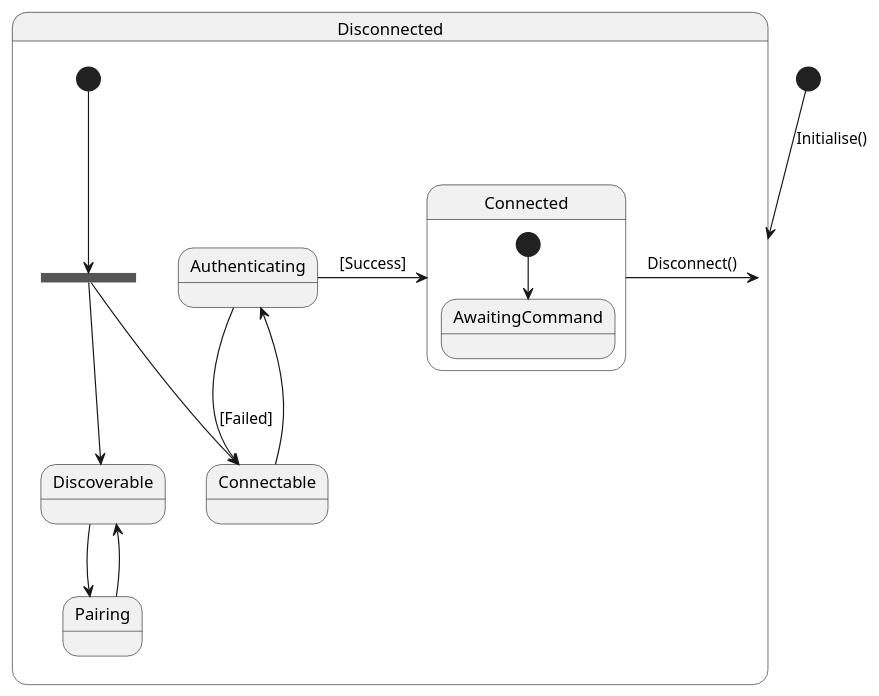
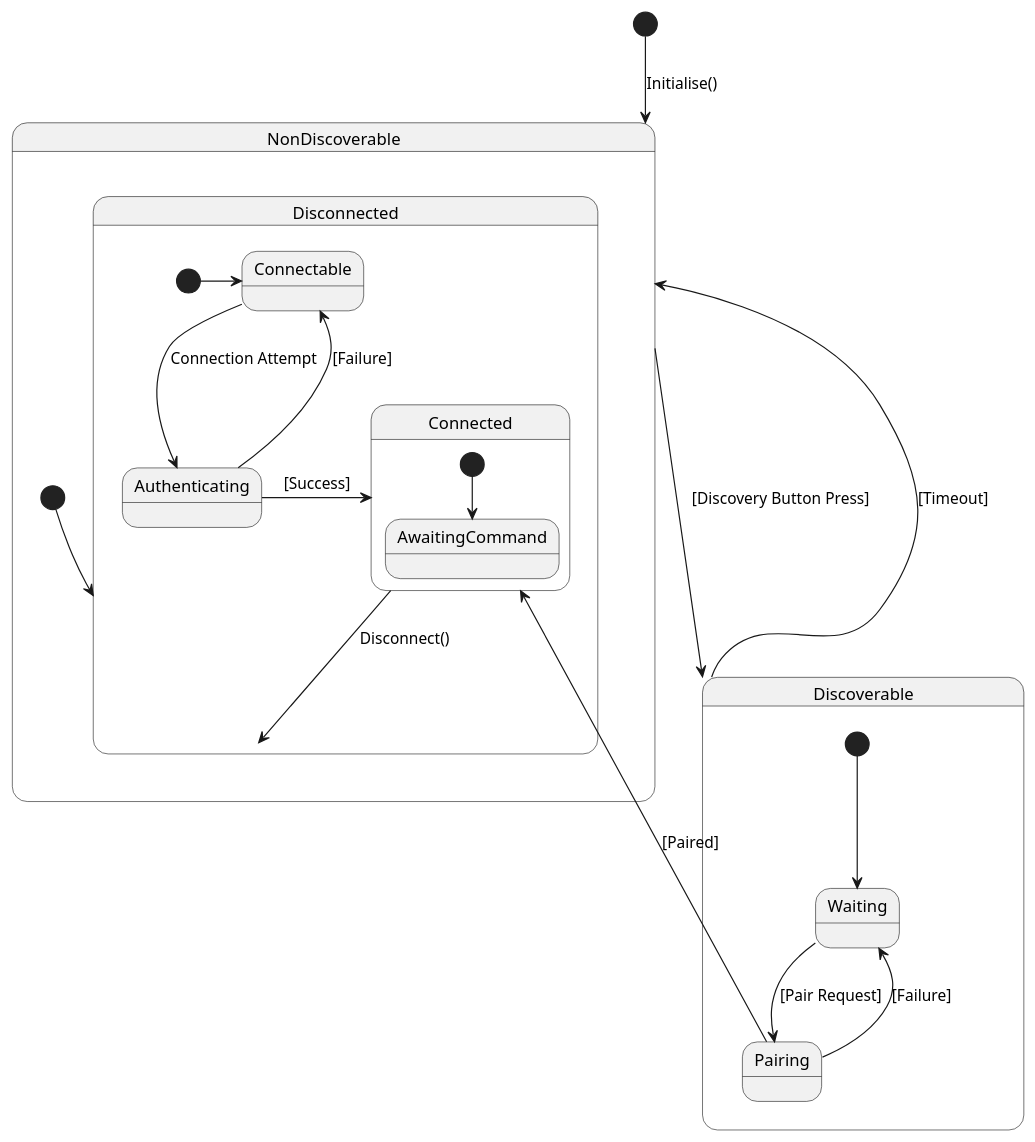
One commit to Scratchydisk/ESP32-Receiver changed the diagram in main/ReceiverStateModel.puml. Above: the diagram before and after it, drawn with PlantUML. The commit also changed 6 other files, not shown here.

```diff
--- a/main/ReceiverStateModel.puml
+++ b/main/ReceiverStateModel.puml
@@ -1,29 +1,37 @@
 @startuml BT Receiver
 
 
-[*] --> Disconnected : Initialise()
+[*] --> NonDiscoverable : Initialise()
 
-state Disconnected  {
+state NonDiscoverable {
 
-    state initialise_fork <<fork>>
-    [*] --> initialise_fork
-    initialise_fork --> Discoverable
-    initialise_fork --> Connectable
+    [*] --> Disconnected
+    state Disconnected  {
+        [*] -> Connectable
 
-    Discoverable --> Pairing
-    Pairing --> Discoverable
+        Connectable --> Authenticating : Connection Attempt
+        Authenticating -> Connectable : [Failure]
+        Authenticating -> Connected : [Success]
 
-    Connectable --> Authenticating
-    Authenticating --> Connectable : [Failed]
-    Authenticating -r-> Connected : [Success]
+    }
 
+    state Connected {
+        [*] --> AwaitingCommand
+
+    }
+
+    Connected --> Disconnected : Disconnect()
 }
 
-state Connected {
-    [*] --> AwaitingCommand
+NonDiscoverable ----> Discoverable : [Discovery Button Press]
 
+state Discoverable{
+    [*] --> Waiting
+    Waiting --> Pairing : [Pair Request]
+    Pairing --> Connected : [Paired]
+    Pairing --> Waiting : [Failure]
 }
 
-Connected -l-> Disconnected : Disconnect()
+Discoverable -u--> NonDiscoverable : [Timeout]
 
 @enduml
```
